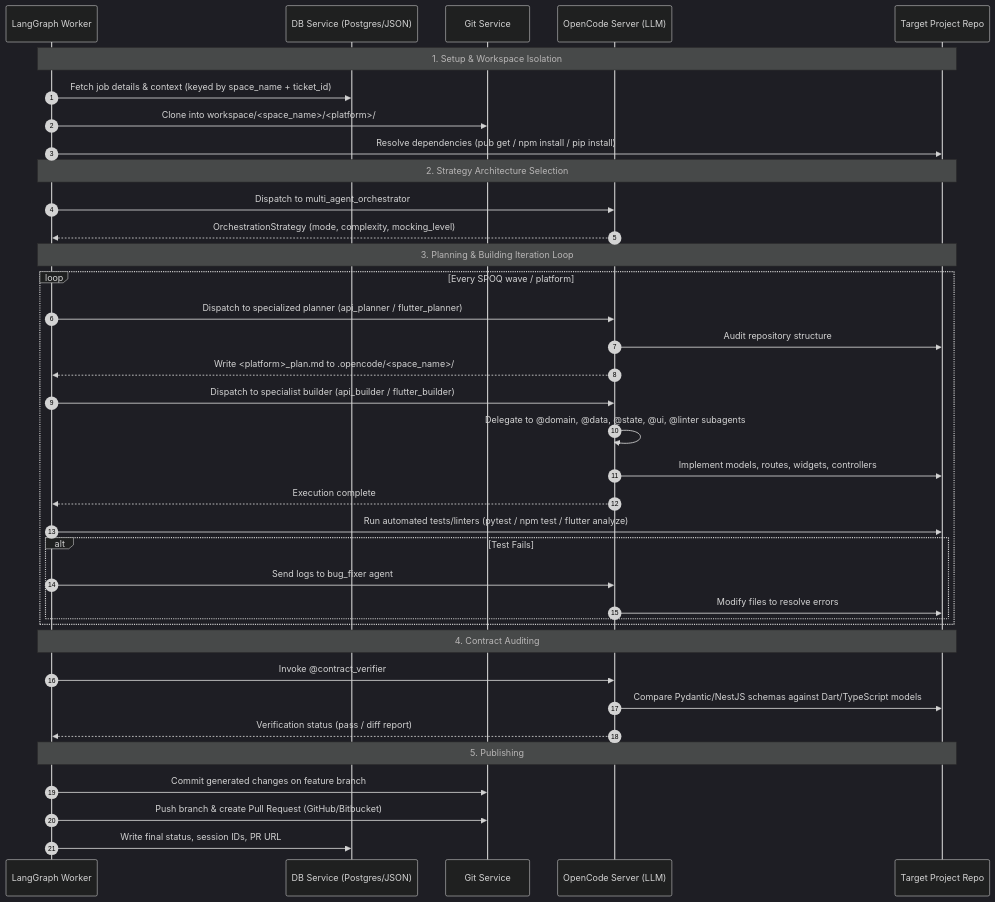
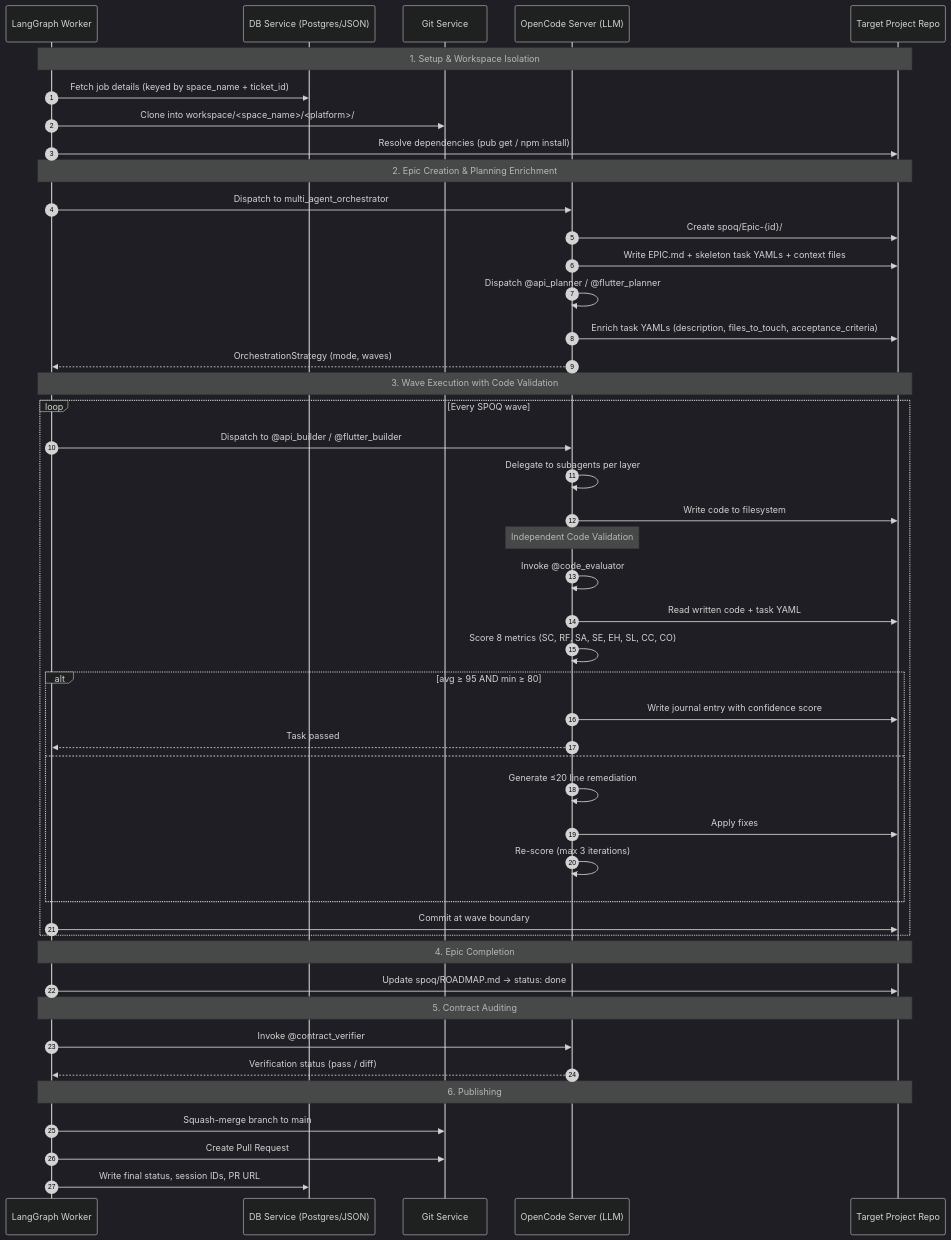
One commit to basnetjiten/test-repo changed the fourth of 4 diagrams in ebprocess-development/Architecture.md. Above: the diagram before and after it, drawn with Mermaid (dark theme). The commit also changed other lines of this file and 40 other files, not shown here.

Commit message:
refactor: update multi-agent orchestrator, nodes, schemas, and add new API/testing contracts

````diff
--- a/ebprocess-development/Architecture.md
+++ b/ebprocess-development/Architecture.md
@@ -239,46 +382,56 @@
 ```mermaid
 sequenceDiagram
     autonumber
     participant Pipeline as LangGraph Worker
     participant DB as DB Service (Postgres/JSON)
     participant git as Git Service
     participant OpenCode as OpenCode Server (LLM)
     participant Repo as Target Project Repo
 
     Note over Pipeline,Repo: 1. Setup & Workspace Isolation
-    Pipeline->>DB: Fetch job details & context (keyed by space_name + ticket_id)
+    Pipeline->>DB: Fetch job details (keyed by space_name + ticket_id)
     Pipeline->>git: Clone into workspace/<space_name>/<platform>/
-    Pipeline->>Repo: Resolve dependencies (pub get / npm install / pip install)
+    Pipeline->>Repo: Resolve dependencies (pub get / npm install)
 
-    Note over Pipeline,Repo: 2. Strategy Architecture Selection
+    Note over Pipeline,Repo: 2. Epic Creation & Planning Enrichment
     Pipeline->>OpenCode: Dispatch to multi_agent_orchestrator
-    OpenCode-->>Pipeline: OrchestrationStrategy (mode, complexity, mocking_level)
+    OpenCode->>Repo: Create spoq/Epic-{id}/
+    OpenCode->>Repo: Write EPIC.md + skeleton task YAMLs + context files
+    OpenCode->>OpenCode: Dispatch @api_planner / @flutter_planner
+    OpenCode->>Repo: Enrich task YAMLs (description, files_to_touch, acceptance_criteria)
+    OpenCode-->>Pipeline: OrchestrationStrategy (mode, waves)
 
-    Note over Pipeline,Repo: 3. Planning & Building Iteration Loop
-    loop Every SPOQ wave / platform
-        Pipeline->>OpenCode: Dispatch to specialized planner (api_planner / flutter_planner)
-        OpenCode->>Repo: Audit repository structure
-        OpenCode-->>Pipeline: Write <platform>_plan.md to .opencode/<space_name>/
+    Note over Pipeline,Repo: 3. Wave Execution with Code Validation
+    loop Every SPOQ wave
+        Pipeline->>OpenCode: Dispatch to @api_builder / @flutter_builder
+        OpenCode->>OpenCode: Delegate to subagents per layer
+        OpenCode->>Repo: Write code to filesystem
 
-        Pipeline->>OpenCode: Dispatch to specialist builder (api_builder / flutter_builder)
-        OpenCode->>OpenCode: Delegate to @domain, @data, @state, @ui, @linter subagents
-        OpenCode->>Repo: Implement models, routes, widgets, controllers
-        OpenCode-->>Pipeline: Execution complete
+        Note over OpenCode: Independent Code Validation
+        OpenCode->>OpenCode: Invoke @code_evaluator
+        OpenCode->>Repo: Read written code + task YAML
+        OpenCode->>OpenCode: Score 8 metrics (SC, RF, SA, SE, EH, SL, CC, CO)
+        alt avg ≥ 95 AND min ≥ 80
+            OpenCode->>Repo: Write journal entry with confidence score
+            OpenCode-->>Pipeline: Task passed
+        else
+            OpenCode->>OpenCode: Generate ≤20 line remediation
+            OpenCode->>Repo: Apply fixes
+            OpenCode->>OpenCode: Re-score (max 3 iterations)
+        end
 
-        Pipeline->>Repo: Run automated tests/linters (pytest / npm test / flutter analyze)
-        alt Test Fails
-            Pipeline->>OpenCode: Send logs to bug_fixer agent
-            OpenCode->>Repo: Modify files to resolve errors
-        end
+        Pipeline->>Repo: Commit at wave boundary
     end
 
-    Note over Pipeline,Repo: 4. Contract Auditing
+    Note over Pipeline,Repo: 4. Epic Completion
+    Pipeline->>Repo: Update spoq/ROADMAP.md → status: done
+
+    Note over Pipeline,Repo: 5. Contract Auditing
     Pipeline->>OpenCode: Invoke @contract_verifier
-    OpenCode->>Repo: Compare Pydantic/NestJS schemas against Dart/TypeScript models
-    OpenCode-->>Pipeline: Verification status (pass / diff report)
+    OpenCode-->>Pipeline: Verification status (pass / diff)
 
-    Note over Pipeline,Repo: 5. Publishing
-    Pipeline->>git: Commit generated changes on feature branch
-    Pipeline->>git: Push branch & create Pull Request (GitHub/Bitbucket)
+    Note over Pipeline,Repo: 6. Publishing
+    Pipeline->>git: Squash-merge branch to main
+    Pipeline->>git: Create Pull Request
     Pipeline->>DB: Write final status, session IDs, PR URL
 ```
````
